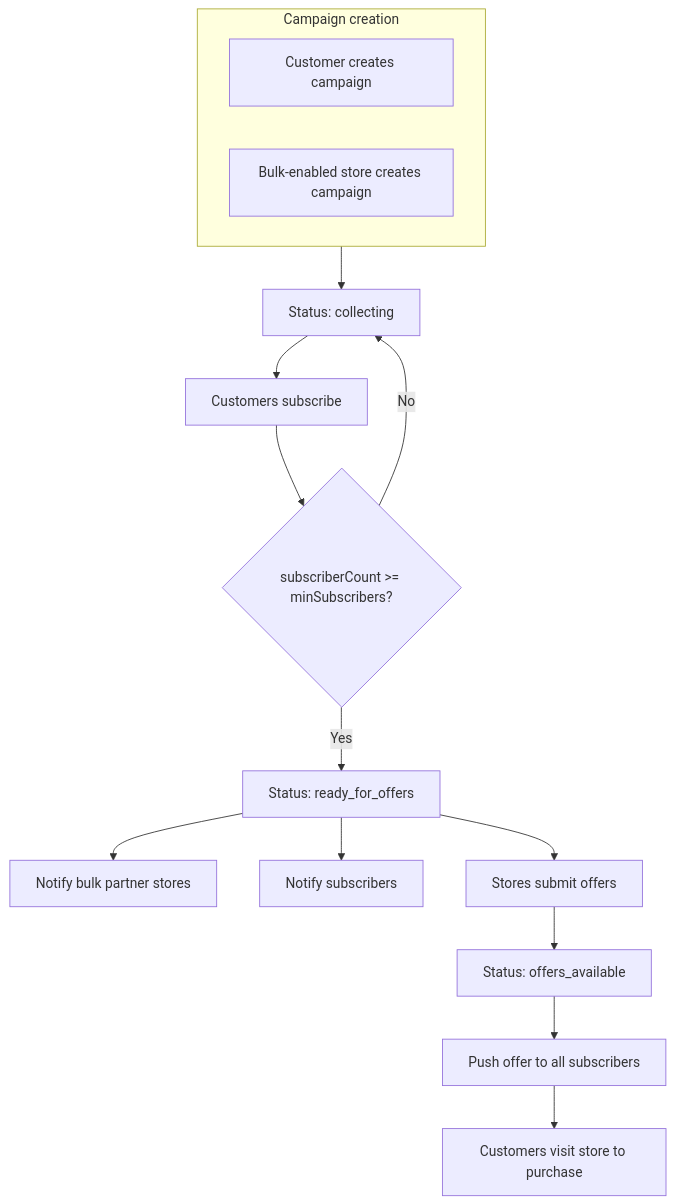
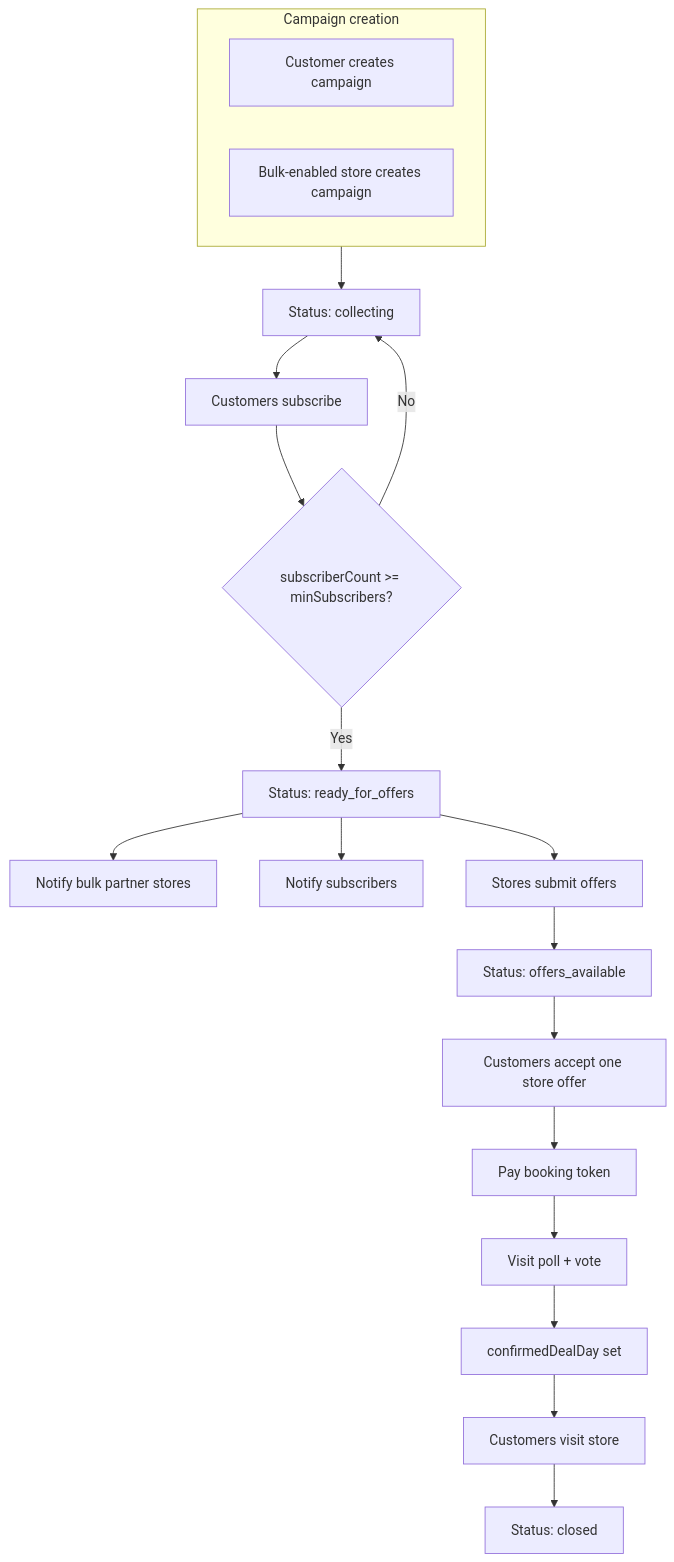
The first of 3 diagrams in Localite/docs/bulk-buy-architecture.md (mrabinash2022/sigmaapps), drawn with Mermaid before and after one commit. The commit also changed other lines of this file and 30 other files, not shown here.

First line of the commit message:
Add Bulk Buy v0.12 commitment loop with token booking and visit polls.

````diff
--- a/Localite/docs/bulk-buy-architecture.md
+++ b/Localite/docs/bulk-buy-architecture.md
@@ -67,19 +70,23 @@
 ```mermaid
 flowchart TB
     subgraph Create["Campaign creation"]
         CC[Customer creates campaign]
         SC[Bulk-enabled store creates campaign]
     end
 
     Create --> COLLECT[Status: collecting]
     COLLECT --> SUB[Customers subscribe]
     SUB --> TH{subscriberCount >= minSubscribers?}
     TH -->|No| COLLECT
     TH -->|Yes| READY[Status: ready_for_offers]
     READY --> NOTIFY_S[Notify bulk partner stores]
     READY --> NOTIFY_C[Notify subscribers]
     READY --> OFFERS[Stores submit offers]
     OFFERS --> AVAIL[Status: offers_available]
-    AVAIL --> PUSH[Push offer to all subscribers]
-    PUSH --> BUY[Customers visit store to purchase]
+    AVAIL --> ACCEPT[Customers accept one store offer]
+    ACCEPT --> TOKEN[Pay booking token]
+    TOKEN --> POLL[Visit poll + vote]
+    POLL --> CONFIRM[confirmedDealDay set]
+    CONFIRM --> VISIT[Customers visit store]
+    VISIT --> DONE[Status: closed]
 ```
````
